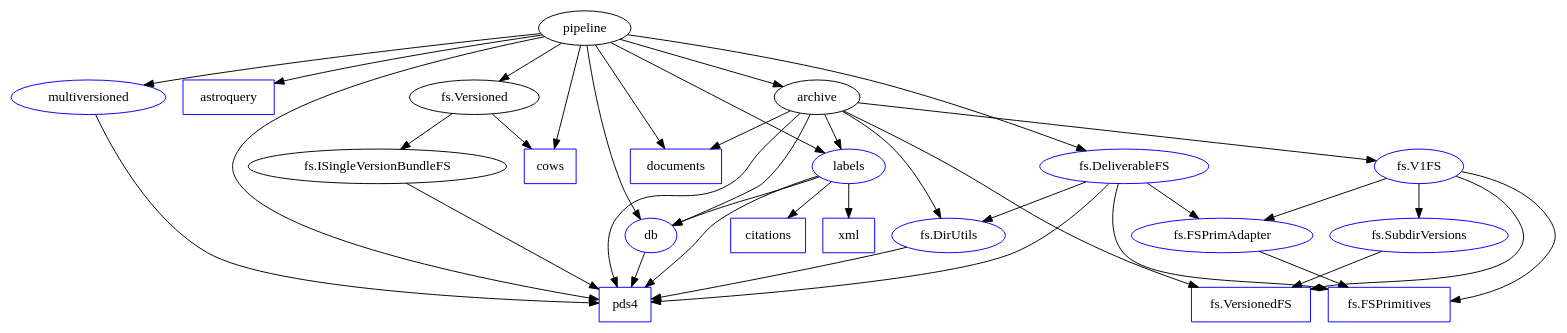
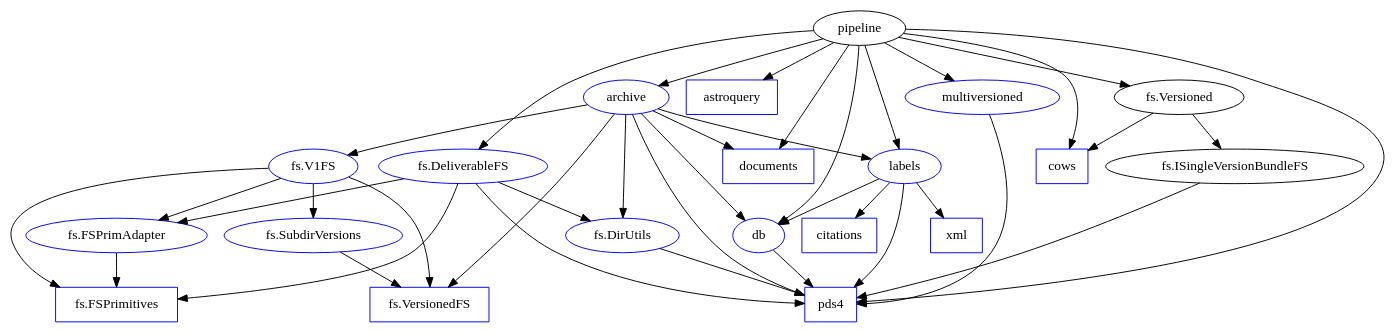
One commit to SETI/rms-hst-pipeline changed the diagram in modules.dot. Above: the diagram before and after it, drawn with Graphviz. The commit also changed 8 other files, not shown here.

```diff
--- a/modules.dot
+++ b/modules.dot
@@ -1,69 +1,70 @@
 /* Here's the tentative shape, based on the Python2.7 version of
  * PDART. It may not be right.
  *
  * I broke up the modules within fs to see what's used by whom.
  * Unfortunately, that package is a bit of a mess.
  *
  * Note that there is a SubdirVersions in both fs and multiversioned.
  *
  * Mark nodes blue when done.
  * 
  * Use this as a guide of what to convert next.
  */
 
 digraph {
     "fs.DeliverableFS"[color=blue];
     "fs.DirUtils"[color=blue];
     "fs.FSPrimAdapter"[color=blue];
     "fs.FSPrimitives"[shape=box;color=blue];
     "fs.SubdirVersions"[color=blue];
     "fs.V1FS"[color=blue];
     "fs.VersionedFS"[shape=box;color=blue];
+    archive[color=blue];
     astroquery[shape=box;color=blue];
     citations[shape=box;color=blue];
     cows[shape=box;color=blue];
     db[color=blue];
     documents[shape=box;color=blue];
     labels[color=blue];
     multiversioned[color=blue];
     pds4[shape=box;color=blue];
     xml[shape=box;color=blue];
 
     "fs.DeliverableFS" -> "fs.DirUtils";
     "fs.DeliverableFS" -> "fs.FSPrimAdapter";
     "fs.DeliverableFS" -> "fs.FSPrimitives";
     "fs.DeliverableFS" -> pds4;
     "fs.DirUtils" -> pds4;
     "fs.FSPrimAdapter" -> "fs.FSPrimitives";
     "fs.ISingleVersionBundleFS" -> pds4;
     "fs.SubdirVersions" -> "fs.VersionedFS";
     "fs.V1FS" -> "fs.FSPrimAdapter";
     "fs.V1FS" -> "fs.FSPrimitives";
     "fs.V1FS" -> "fs.SubdirVersions";
     "fs.V1FS" -> "fs.VersionedFS";
     "fs.Versioned" -> "fs.ISingleVersionBundleFS";
     "fs.Versioned" -> cows;
     archive -> "fs.DirUtils";
     archive -> "fs.V1FS";
     archive -> "fs.VersionedFS";
     archive -> db;
     archive -> documents;
     archive -> labels;
     archive -> pds4;
     db -> pds4;
     labels -> citations;
     labels -> db;
     labels -> pds4;
     labels -> xml;
     multiversioned -> pds4;
     pipeline -> "fs.DeliverableFS";
     pipeline -> "fs.Versioned";
     pipeline -> archive;
     pipeline -> astroquery
     pipeline -> cows;
     pipeline -> db;
     pipeline -> documents;
     pipeline -> labels;
     pipeline -> multiversioned;
     pipeline -> pds4;
 }
```
